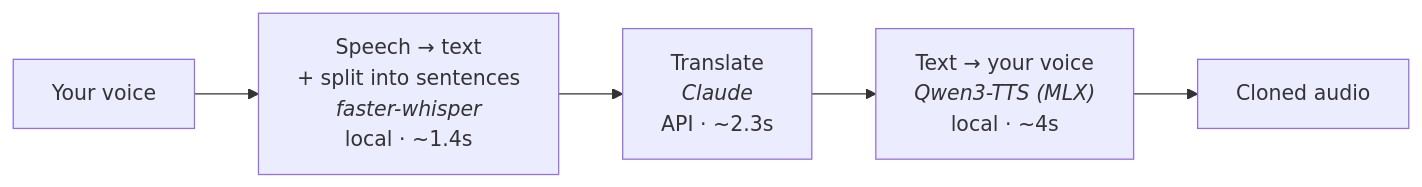
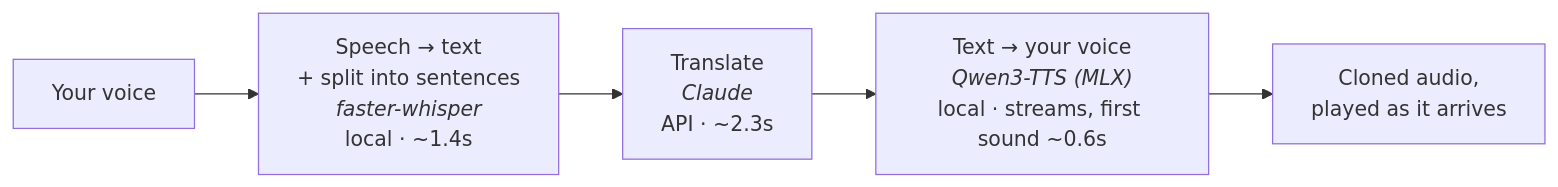
One commit to everyonesok/whisper-t changed the diagram in README.md. Above: the diagram before and after it, drawn with Mermaid. The commit also changed other lines of this file and 6 other files, not shown here.

````diff
--- a/README.md
+++ b/README.md
@@ -17,7 +17,7 @@
 ```mermaid
 flowchart LR
     A[Your voice] --> B["Speech → text<br/>+ split into sentences<br/><i>faster-whisper</i><br/>local · ~1.4s"]
     B --> C["Translate<br/><i>Claude</i><br/>API · ~2.3s"]
-    C --> D["Text → your voice<br/><i>Qwen3-TTS (MLX)</i><br/>local · ~4s"]
-    D --> E[Cloned audio]
+    C --> D["Text → your voice<br/><i>Qwen3-TTS (MLX)</i><br/>local · streams, first sound ~0.6s"]
+    D --> E[Cloned audio,<br/>played as it arrives]
 ```
````
